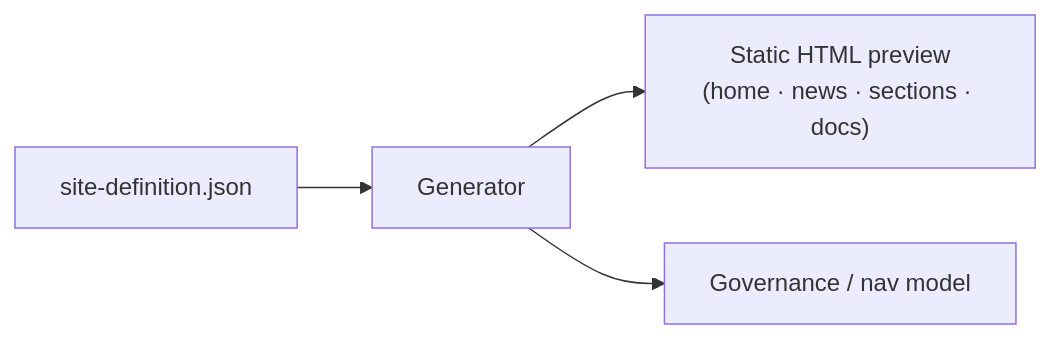
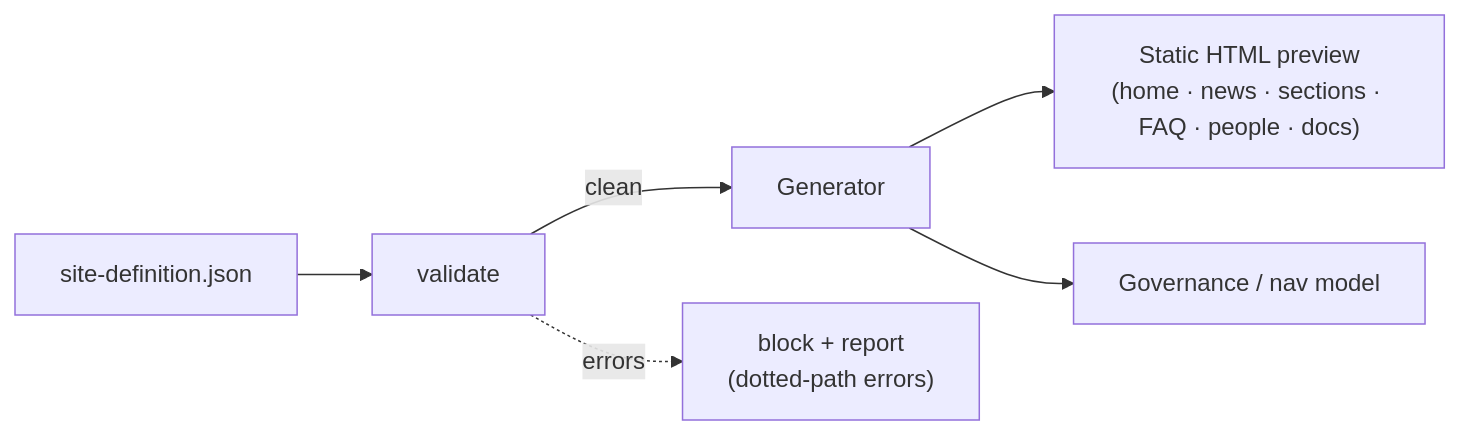
The diagram in README.md (derekgallardo01/sharepoint-intranet-generator), drawn with Mermaid before and after one commit. The commit also changed other lines of this file and 13 other files, not shown here.

First line of the commit message:
Add schema validation, FAQ and person directory page types, eval harness, CLI, and docs

````diff
--- a/README.md
+++ b/README.md
@@ -17,6 +30,8 @@
 ```mermaid
 flowchart LR
-    D["site-definition.json"] --> G["Generator"]
-    G --> H["Static HTML preview\n(home · news · sections · docs)"]
-    G --> V["Governance / nav model"]
+    D["site-definition.json"] --> V["validate"]
+    V -->|clean| G["Generator"]
+    G --> H["Static HTML preview<br/>(home · news · sections · FAQ · people · docs)"]
+    G --> M["Governance / nav model"]
+    V -.->|errors| X["block + report<br/>(dotted-path errors)"]
 ```
````
